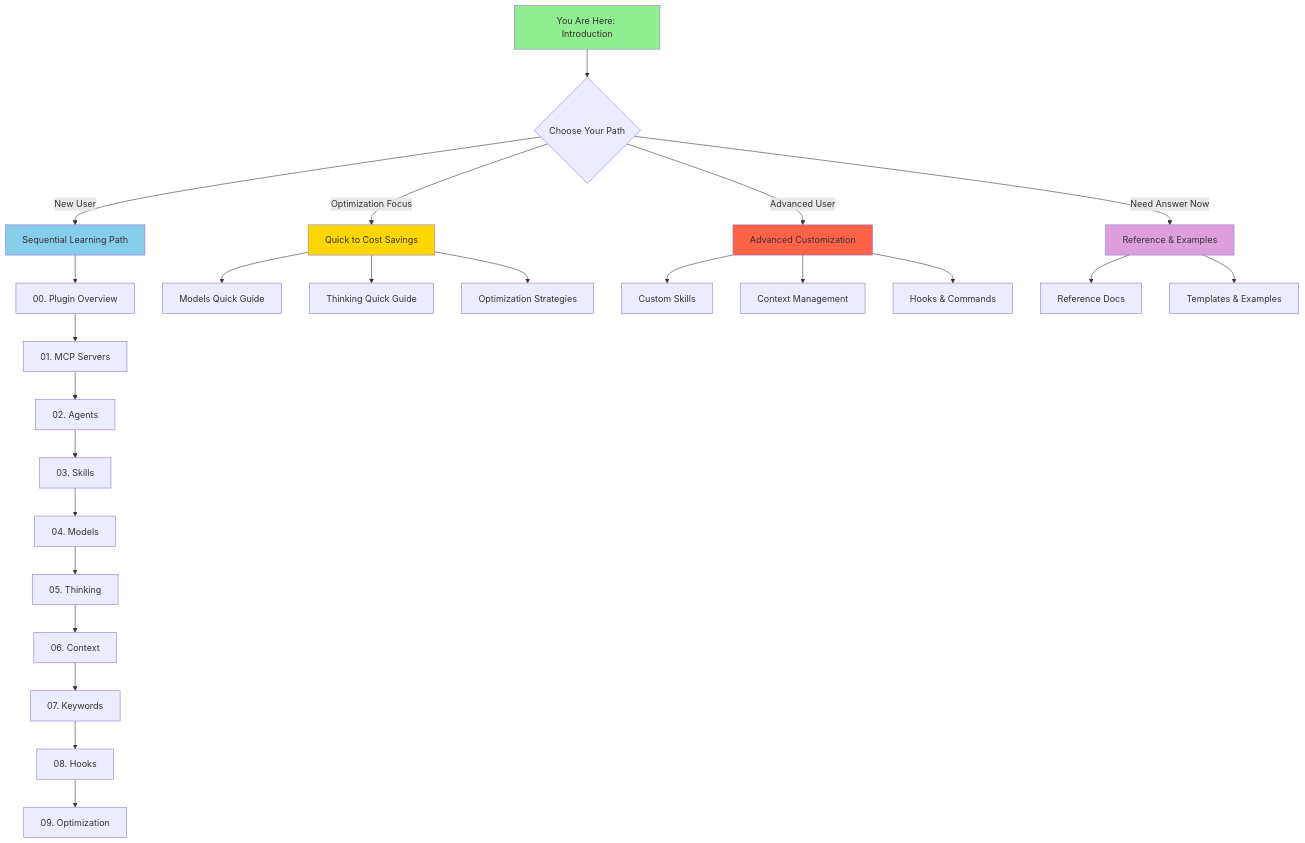
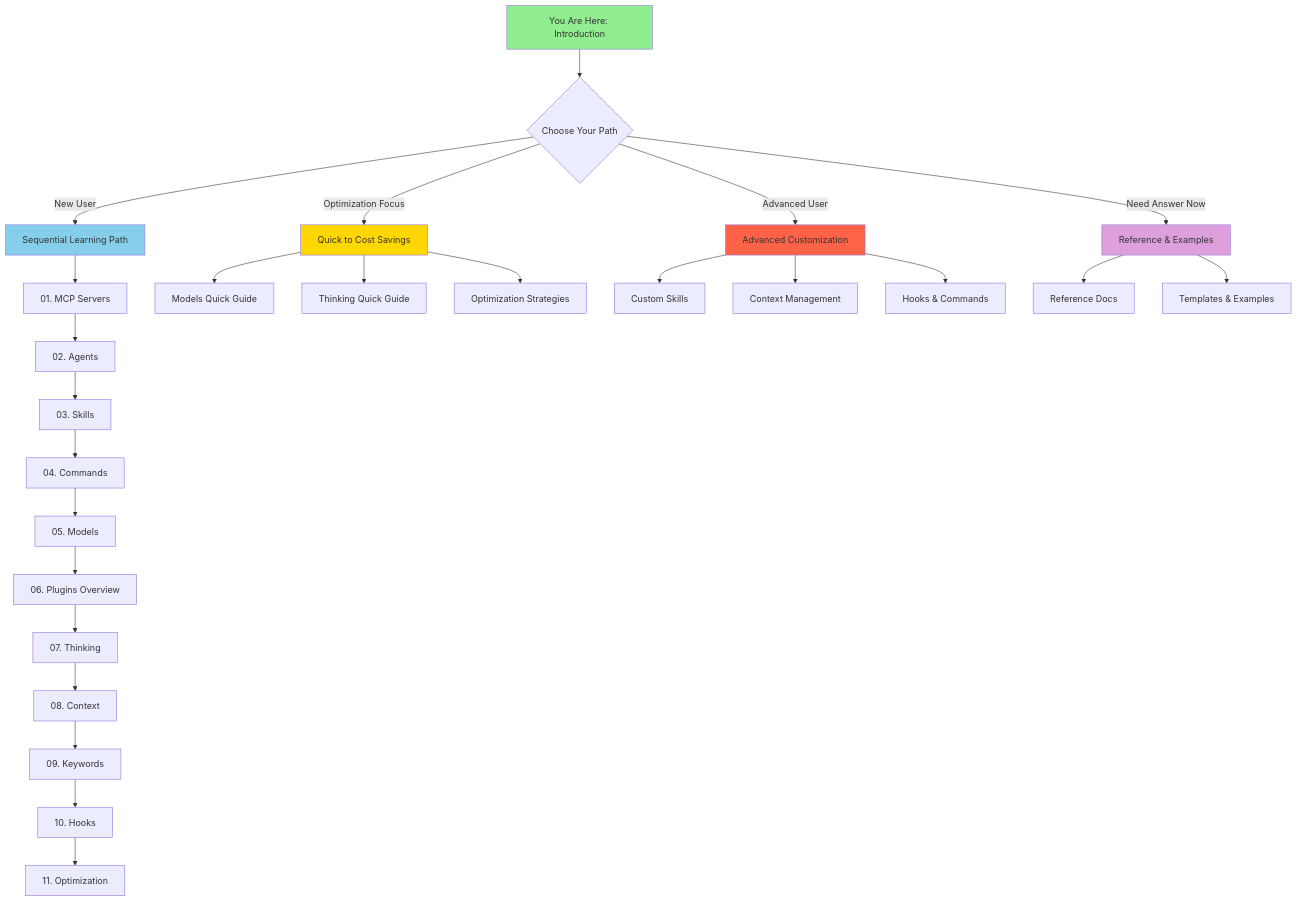
One commit to sxntixgo/claudecode-documentation changed the diagram in INTRODUCTION.md. Above: the diagram before and after it, drawn with Mermaid. The commit also changed other lines of this file and 13 other files, not shown here.

````diff
--- a/INTRODUCTION.md
+++ b/INTRODUCTION.md
@@ -147,36 +147,37 @@
 ```mermaid
 graph TB
     Start[You Are Here: Introduction] --> Choose{Choose Your Path}
     Choose -->|New User| Sequential[Sequential Learning Path]
     Choose -->|Optimization Focus| Quick[Quick to Cost Savings]
     Choose -->|Advanced User| Custom[Advanced Customization]
     Choose -->|Need Answer Now| Ref[Reference & Examples]
 
-    Sequential --> Plugins[00. Plugin Overview]
-    Plugins --> MCP[01. MCP Servers]
+    Sequential --> MCP[01. MCP Servers]
     MCP --> Agents[02. Agents]
     Agents --> Skills[03. Skills]
-    Skills --> Models[04. Models]
-    Models --> Thinking[05. Thinking]
-    Thinking --> Context[06. Context]
-    Context --> Keywords[07. Keywords]
-    Keywords --> Hooks[08. Hooks]
-    Hooks --> Optimization[09. Optimization]
+    Skills --> Commands[04. Commands]
+    Commands --> Models[05. Models]
+    Models --> Plugins[06. Plugins Overview]
+    Plugins --> Thinking[07. Thinking]
+    Thinking --> Context[08. Context]
+    Context --> Keywords[09. Keywords]
+    Keywords --> Hooks[10. Hooks]
+    Hooks --> Optimization[11. Optimization]
 
     Quick --> ModelsQ[Models Quick Guide]
     Quick --> ThinkingQ[Thinking Quick Guide]
     Quick --> OptimizationQ[Optimization Strategies]
 
     Custom --> SkillsC[Custom Skills]
     Custom --> ContextC[Context Management]
     Custom --> KeywordsC[Hooks & Commands]
 
     Ref --> RefDocs[Reference Docs]
     Ref --> Templates[Templates & Examples]
 
     style Start fill:#90EE90
     style Sequential fill:#87CEEB
     style Quick fill:#FFD700
     style Custom fill:#FF6347
     style Ref fill:#DDA0DD
 ```
````
